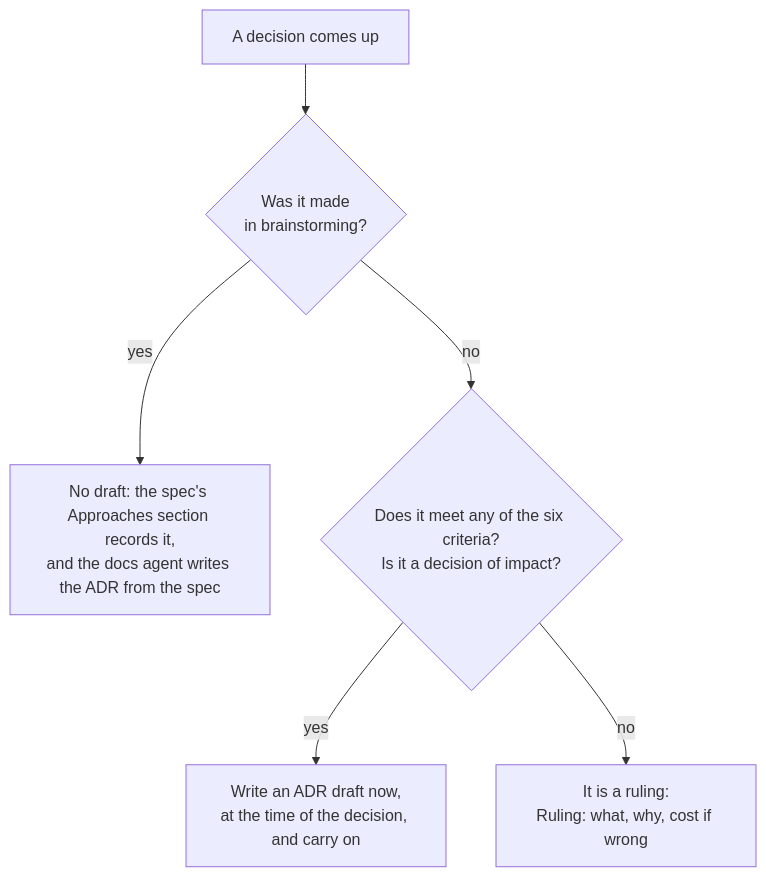
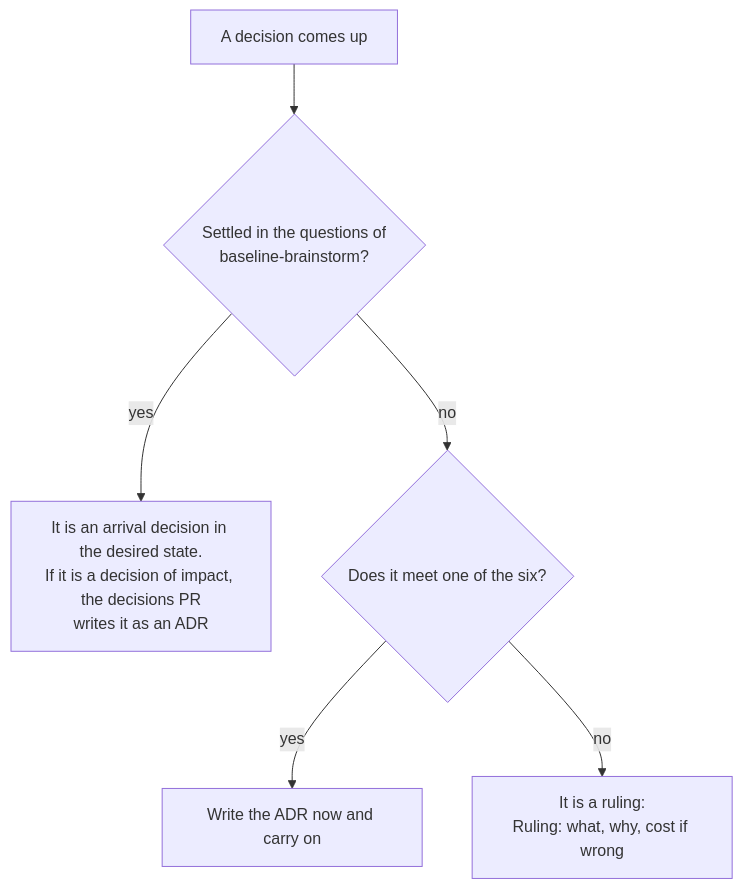
Before and after one commit to chandanbsd/baseline-framework: the diagram in docs/agents/adrs.md, drawn with Mermaid. The commit also changed other lines of this file and 6 other files, not shown here.

First line of the commit message:
docs: AGENTS.md and the playbooks follow the new flow, and the docs-agent playbook goes

````diff
--- a/docs/agents/adrs.md
+++ b/docs/agents/adrs.md
@@ -42,14 +20,8 @@
 ```mermaid
 flowchart TD
-    A["A decision comes up"]
-    B{"Was it made<br/>in brainstorming?"}
-    C["No draft: the spec's Approaches section records it,<br/>and the docs agent writes the ADR from the spec"]
-    D{"Does it meet any of the six criteria?<br/>Is it a decision of impact?"}
-    E["Write an ADR draft now,<br/>at the time of the decision, and carry on"]
-    F["It is a ruling:<br/>Ruling: what, why, cost if wrong"]
-    A --> B
-    B -->|"yes"| C
-    B -->|"no"| D
-    D -->|"yes"| E
-    D -->|"no"| F
+    A["A decision comes up"] --> B{"Settled in the questions of<br/>baseline-brainstorm?"}
+    B -->|"yes"| C["It is an arrival decision in the desired state.<br/>If it is a decision of impact, the decisions PR<br/>writes it as an ADR"]
+    B -->|"no"| D{"Does it meet one of the six?"}
+    D -->|"yes"| E["Write the ADR now and carry on"]
+    D -->|"no"| F["It is a ruling:<br/>Ruling: what, why, cost if wrong"]
 ```
````
